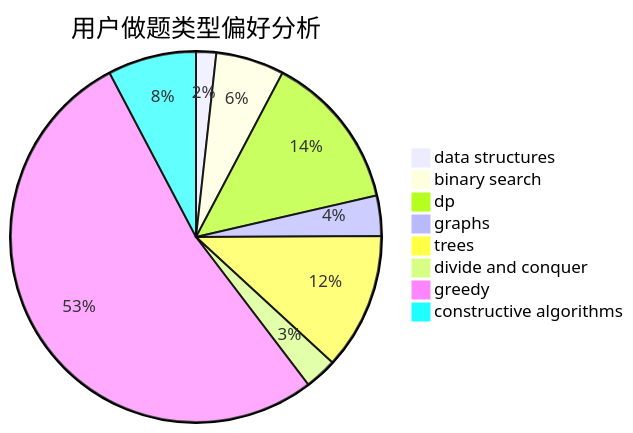
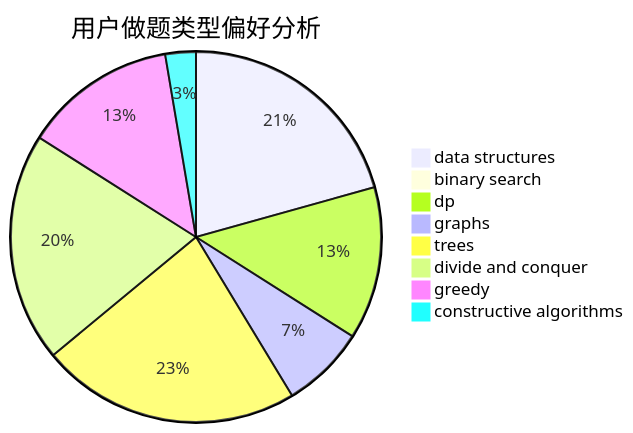
The second of 3 diagrams in docs/user/u1814.md (sherpahu/cfrs.github.io), drawn with Mermaid before and after one commit. The commit also changed other lines of this file and 2770 other files, not shown here.

````diff
--- a/docs/user/u1814.md
+++ b/docs/user/u1814.md
@@ -23,11 +23,11 @@
 ```mermaid
 pie title 用户做题类型偏好分析
-    "data structures" :  5
-    "binary search" :  17
-    "dp" :  39
-    "graphs" :  10
+    "data structures" :  31
+    "binary search" :  0
+    "dp" :  20
+    "graphs" :  11
     "trees" :  34
-    "divide and conquer" :  8
-    "greedy" :  150
-    "constructive algorithms" :  22
+    "divide and conquer" :  30
+    "greedy" :  20
+    "constructive algorithms" :  4
 ```
````
